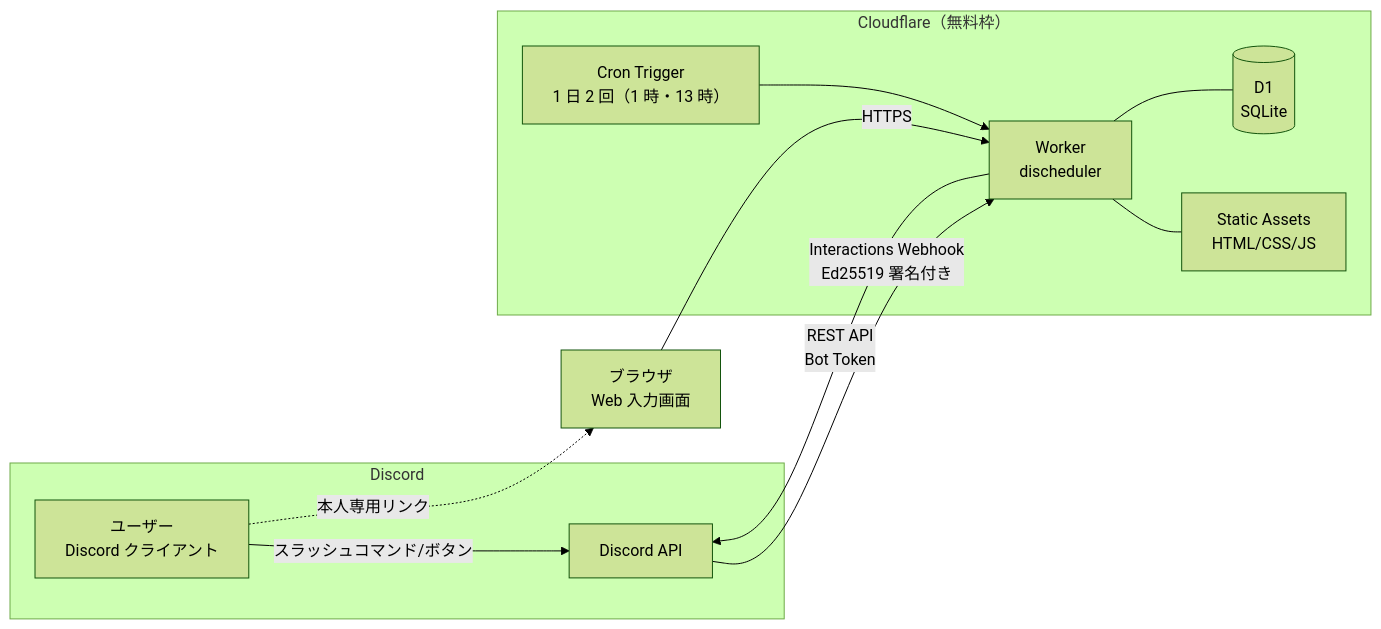
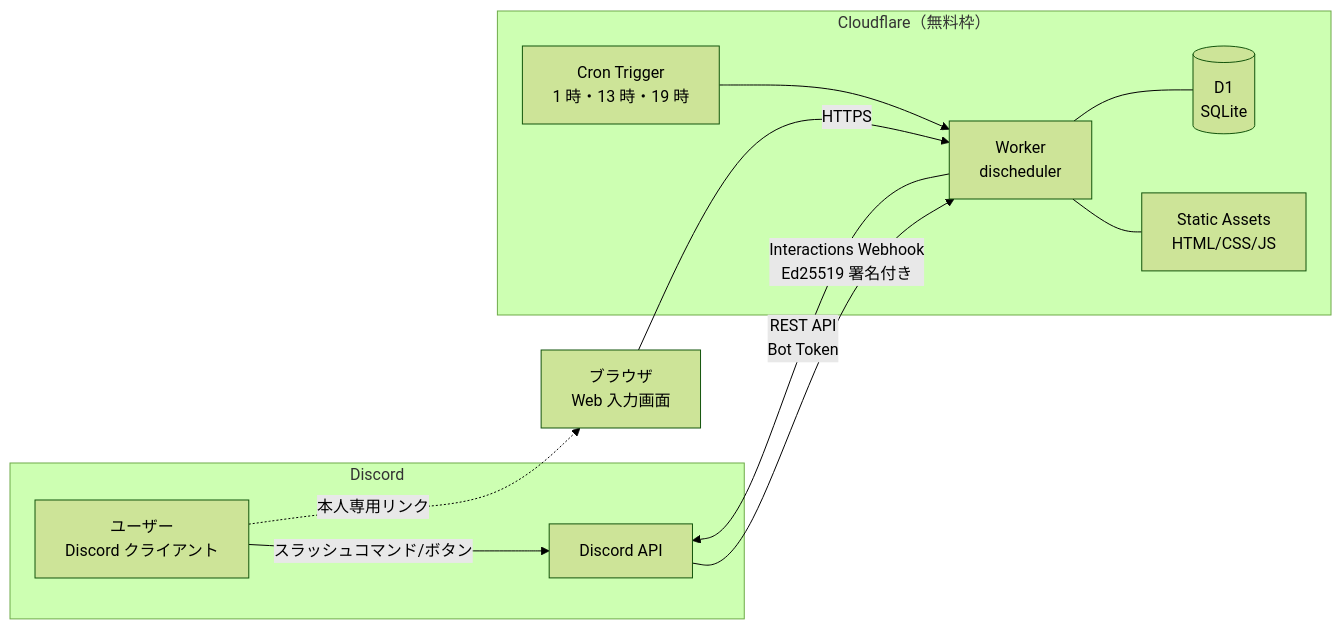
Before and after one commit to etlit-r/DIscheduler: the first of 5 diagrams in docs/design.md, drawn with Mermaid (forest theme). The commit also changed other lines of this file and 2 other files, not shown here.

````diff
--- a/docs/design.md
+++ b/docs/design.md
@@ -54,25 +54,25 @@
 ```mermaid
 flowchart LR
   subgraph Discord
     U[ユーザー<br/>Discord クライアント]
     DAPI[Discord API]
   end
 
   subgraph Cloudflare["Cloudflare（無料枠）"]
     W[Worker<br/>discheduler]
     SA[Static Assets<br/>HTML/CSS/JS]
     D1[(D1<br/>SQLite)]
-    CRON[Cron Trigger<br/>1 日 2 回（1 時・13 時）]
+    CRON[Cron Trigger<br/>1 時・13 時・19 時]
   end
 
   B[ブラウザ<br/>Web 入力画面]
 
   U -- スラッシュコマンド/ボタン --> DAPI
   DAPI -- Interactions Webhook<br/>Ed25519 署名付き --> W
   W -- REST API<br/>Bot Token --> DAPI
   U -. 本人専用リンク .-> B
   B -- HTTPS --> W
   W --- SA
   W --- D1
   CRON --> W
 ```
````
